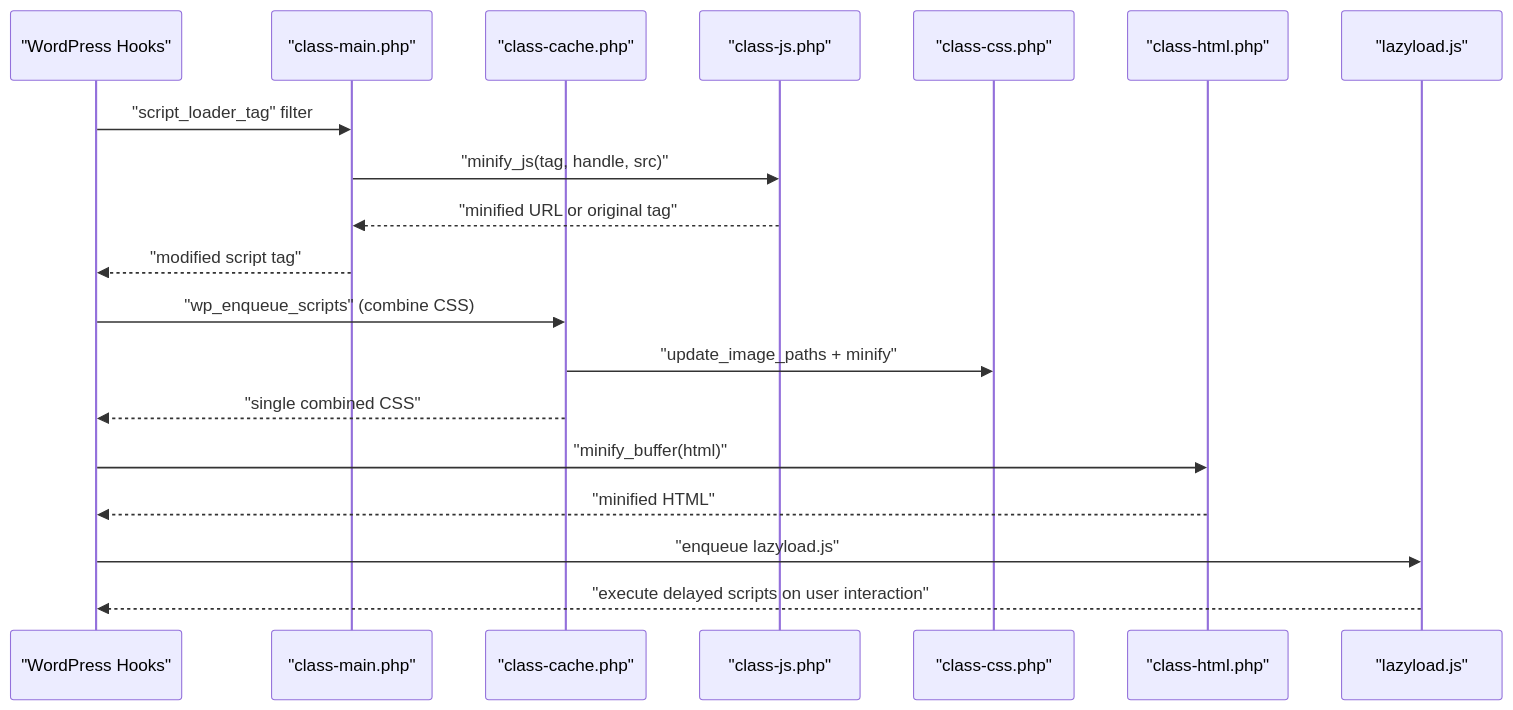
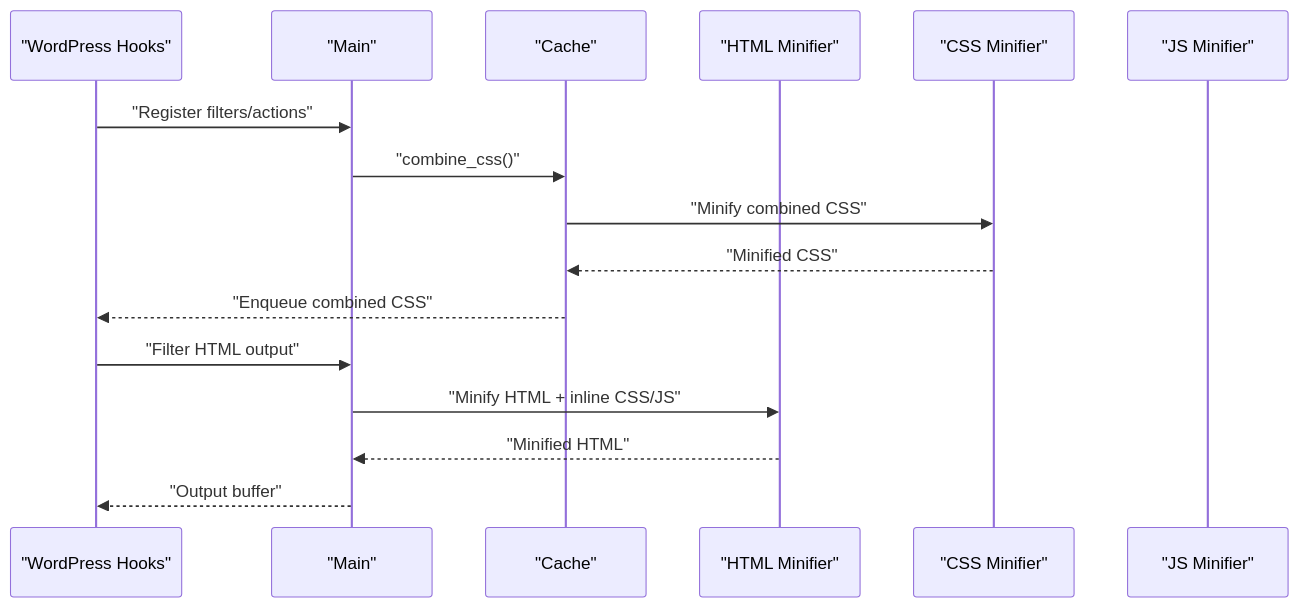
Before and after one commit to nilesh32236/performance-optimisation: the second of 8 diagrams in .qoder/repowiki/en/content/Asset Optimization/JavaScript Optimization.md, drawn with Mermaid. The commit also changed other lines of this file and 46 other files, not shown here.

````diff
--- a/.qoder/repowiki/en/content/Asset Optimization/JavaScript Optimization.md
+++ b/.qoder/repowiki/en/content/Asset Optimization/JavaScript Optimization.md
@@ -104,21 +113,18 @@
 ```mermaid
 sequenceDiagram
 participant WP as "WordPress Hooks"
-participant Main as "class-main.php"
-participant Cache as "class-cache.php"
-participant JSMin as "class-js.php"
-participant CSSMin as "class-css.php"
-participant HTMLMin as "class-html.php"
-participant Lazy as "lazyload.js"
-WP->>Main : "script_loader_tag" filter
-Main->>JSMin : "minify_js(tag, handle, src)"
-JSMin-->>Main : "minified URL or original tag"
-Main-->>WP : "modified script tag"
-WP->>Cache : "wp_enqueue_scripts" (combine CSS)
-Cache->>CSSMin : "update_image_paths + minify"
-Cache-->>WP : "single combined CSS"
-WP->>HTMLMin : "minify_buffer(html)"
-HTMLMin-->>WP : "minified HTML"
-WP->>Lazy : "enqueue lazyload.js"
-Lazy-->>WP : "execute delayed scripts on user interaction"
+participant Main as "Main"
+participant Cache as "Cache"
+participant HTMLMin as "HTML Minifier"
+participant CSSMin as "CSS Minifier"
+participant JSMin as "JS Minifier"
+WP->>Main : "Register filters/actions"
+Main->>Cache : "combine_css()"
+Cache->>CSSMin : "Minify combined CSS"
+CSSMin-->>Cache : "Minified CSS"
+Cache-->>WP : "Enqueue combined CSS"
+WP->>Main : "Filter HTML output"
+Main->>HTMLMin : "Minify HTML + inline CSS/JS"
+HTMLMin-->>Main : "Minified HTML"
+Main-->>WP : "Output buffer"
 ```
````
